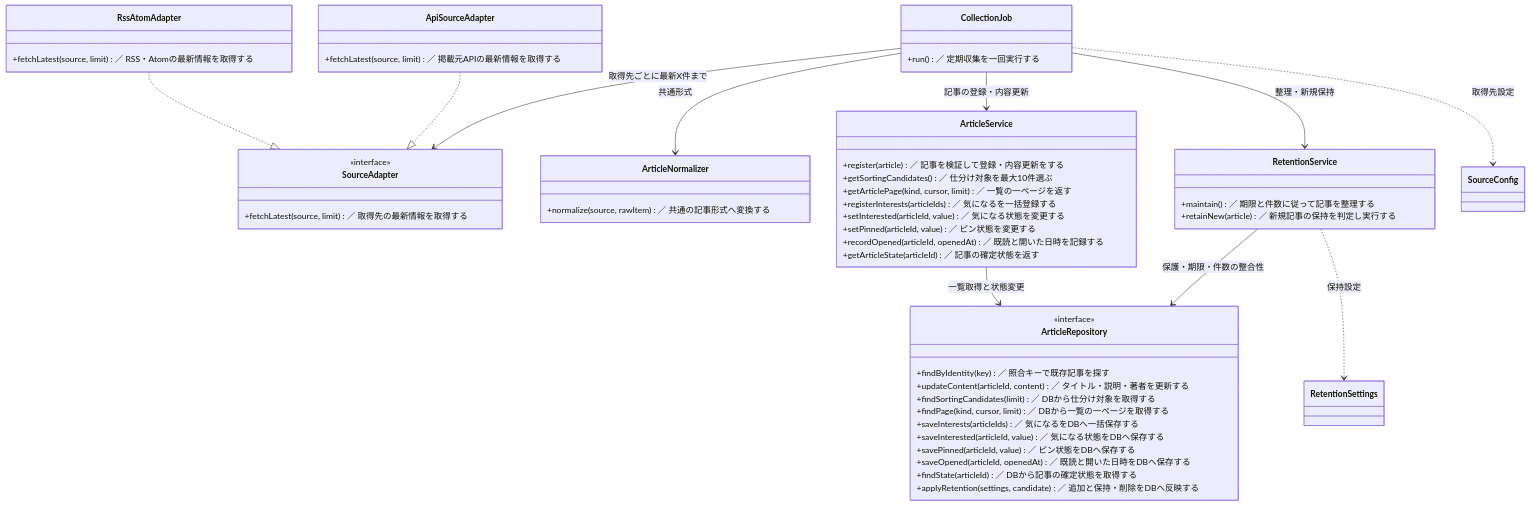
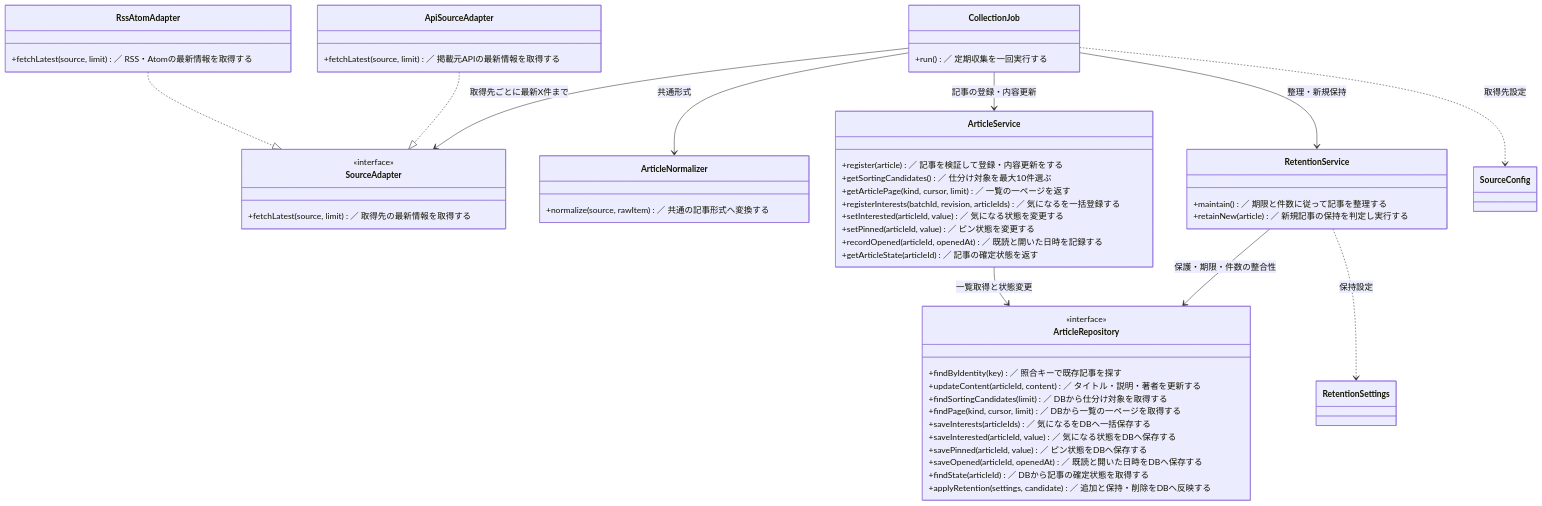
Before and after one commit to BeppuKanato/it-discovery: the third of 3 diagrams in docs/classes.md, drawn with Mermaid. The commit also changed other lines of this file and 7 other files, not shown here.

Commit message:
docs: 仕分けAPIの呼び出し方と構成図・確認結果を追加する

````diff
--- a/docs/classes.md
+++ b/docs/classes.md
@@ -250,58 +250,58 @@
 ```mermaid
 classDiagram
     direction TB
     class CollectionJob {
         +run() ／ 定期収集を一回実行する
     }
     class SourceAdapter {
         <<interface>>
         +fetchLatest(source, limit) ／ 取得先の最新情報を取得する
     }
     class RssAtomAdapter {
         +fetchLatest(source, limit) ／ RSS・Atomの最新情報を取得する
     }
     class ApiSourceAdapter {
         +fetchLatest(source, limit) ／ 掲載元APIの最新情報を取得する
     }
     class ArticleNormalizer {
         +normalize(source, rawItem) ／ 共通の記事形式へ変換する
     }
     class ArticleService {
         +register(article) ／ 記事を検証して登録・内容更新をする
         +getSortingCandidates() ／ 仕分け対象を最大10件選ぶ
         +getArticlePage(kind, cursor, limit) ／ 一覧の一ページを返す
-        +registerInterests(articleIds) ／ 気になるを一括登録する
+        +registerInterests(batchId, revision, articleIds) ／ 気になるを一括登録する
         +setInterested(articleId, value) ／ 気になる状態を変更する
         +setPinned(articleId, value) ／ ピン状態を変更する
         +recordOpened(articleId, openedAt) ／ 既読と開いた日時を記録する
         +getArticleState(articleId) ／ 記事の確定状態を返す
     }
     class RetentionService {
         +maintain() ／ 期限と件数に従って記事を整理する
         +retainNew(article) ／ 新規記事の保持を判定し実行する
     }
     class ArticleRepository {
         <<interface>>
         +findByIdentity(key) ／ 照合キーで既存記事を探す
         +updateContent(articleId, content) ／ タイトル・説明・著者を更新する
         +findSortingCandidates(limit) ／ DBから仕分け対象を取得する
         +findPage(kind, cursor, limit) ／ DBから一覧の一ページを取得する
         +saveInterests(articleIds) ／ 気になるをDBへ一括保存する
         +saveInterested(articleId, value) ／ 気になる状態をDBへ保存する
         +savePinned(articleId, value) ／ ピン状態をDBへ保存する
         +saveOpened(articleId, openedAt) ／ 既読と開いた日時をDBへ保存する
         +findState(articleId) ／ DBから記事の確定状態を取得する
         +applyRetention(settings, candidate) ／ 追加と保持・削除をDBへ反映する
     }
 
     RssAtomAdapter ..|> SourceAdapter
     ApiSourceAdapter ..|> SourceAdapter
     CollectionJob --> SourceAdapter : 取得先ごとに最新X件まで
     CollectionJob --> ArticleNormalizer : 共通形式
     CollectionJob --> ArticleService : 記事の登録・内容更新
     CollectionJob --> RetentionService : 整理・新規保持
     ArticleService --> ArticleRepository : 一覧取得と状態変更
     RetentionService --> ArticleRepository : 保護・期限・件数の整合性
     CollectionJob ..> SourceConfig : 取得先設定
     RetentionService ..> RetentionSettings : 保持設定
 ```
````
